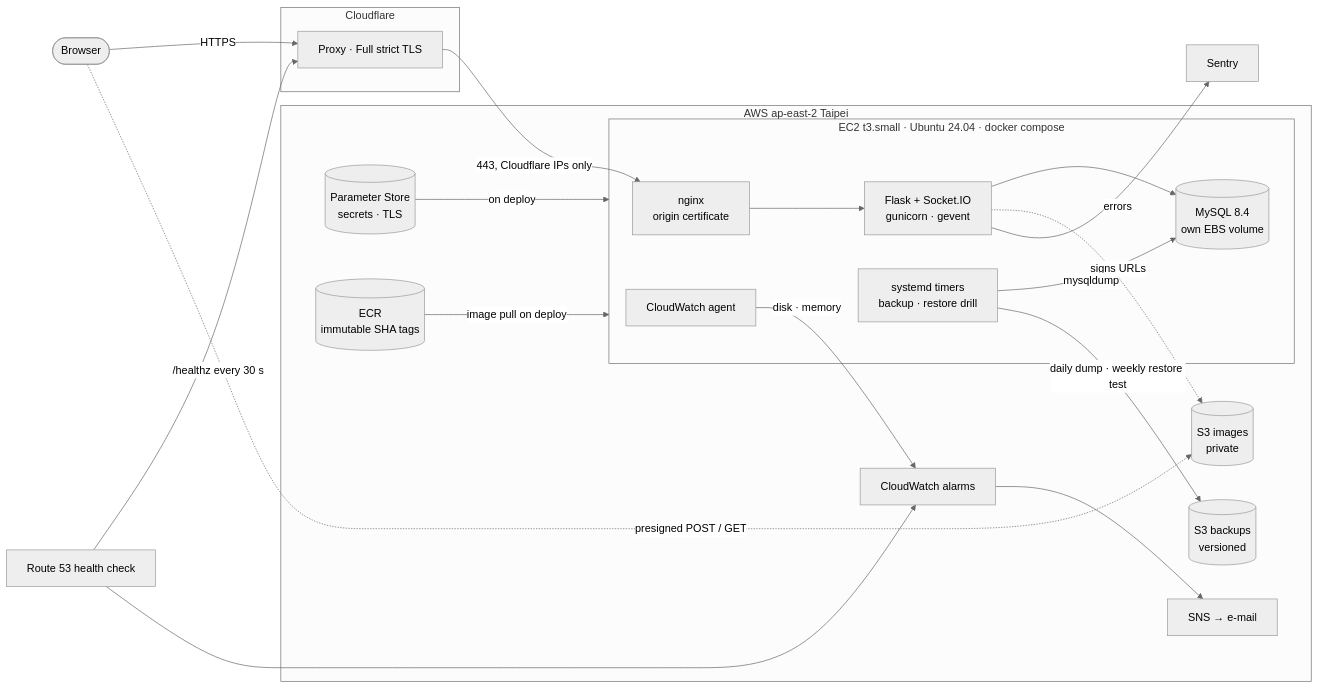
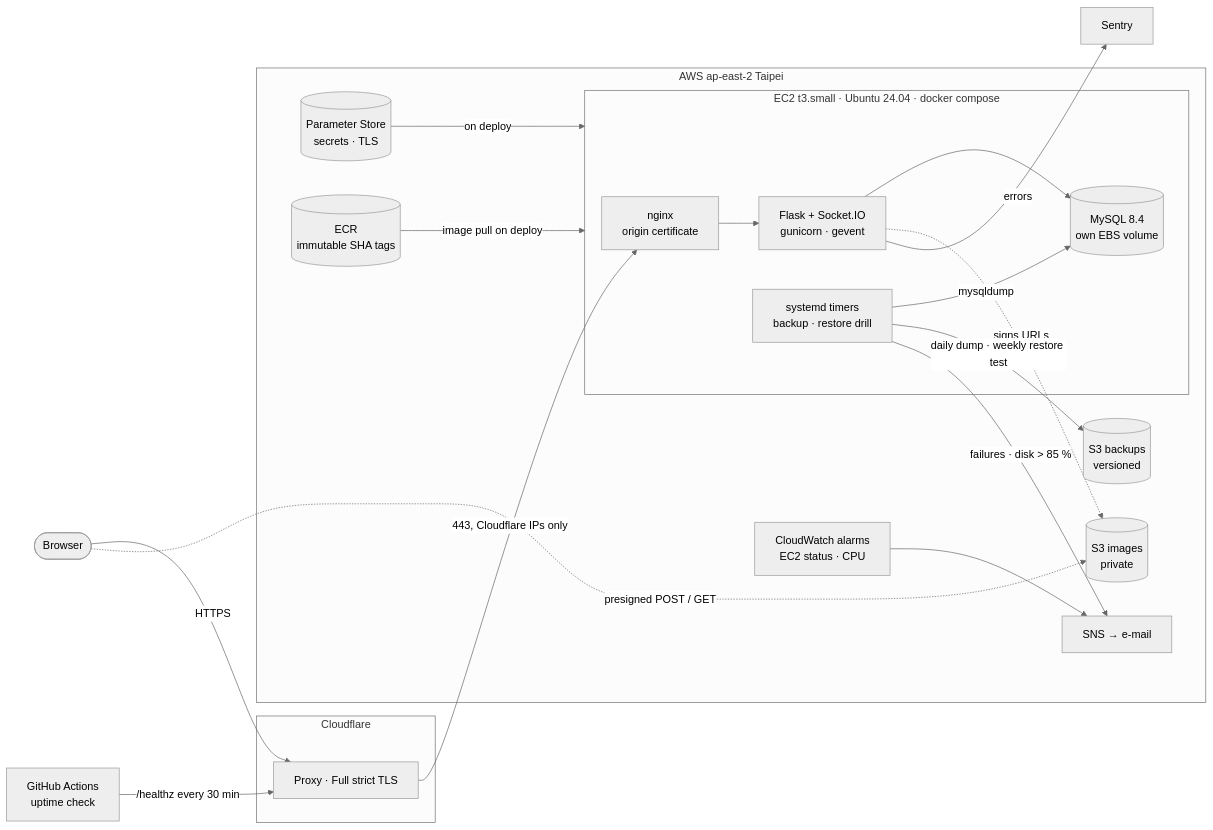
Before and after one commit to skywalker0823/motivetag: the first of 2 diagrams in README.md, drawn with Mermaid (neutral theme). The commit also changed other lines of this file and 16 other files, not shown here.

````diff
--- a/README.md
+++ b/README.md
@@ -9,35 +9,33 @@
 ```mermaid
 flowchart LR
     user([Browser])
 
     subgraph edge[Cloudflare]
         cf[Proxy · Full strict TLS]
     end
 
     subgraph aws[AWS ap-east-2 Taipei]
         subgraph ec2[EC2 t3.small · Ubuntu 24.04 · docker compose]
             nginx[nginx<br/>origin certificate]
             app[Flask + Socket.IO<br/>gunicorn · gevent]
             mysql[(MySQL 8.4<br/>own EBS volume)]
             jobs[systemd timers<br/>backup · restore drill]
-            agent[CloudWatch agent]
         end
         images[(S3 images<br/>private)]
         backups[(S3 backups<br/>versioned)]
         params[(Parameter Store<br/>secrets · TLS)]
         ecr[(ECR<br/>immutable SHA tags)]
-        cw[CloudWatch alarms] --> sns[SNS → e-mail]
+        cw[CloudWatch alarms<br/>EC2 status · CPU] --> sns[SNS → e-mail]
     end
 
     user -->|HTTPS| cf -->|443, Cloudflare IPs only| nginx --> app --> mysql
     user -.->|presigned POST / GET| images
     app -.->|signs URLs| images
     jobs -->|mysqldump| mysql
     jobs -->|daily dump · weekly restore test| backups
     params -->|on deploy| ec2
     ecr -->|image pull on deploy| ec2
-    agent -->|disk · memory| cw
-    r53[Route 53 health check] -->|/healthz every 30 s| cf
-    r53 --> cw
+    jobs -->|failures · disk > 85 %| sns
+    uptime[GitHub Actions<br/>uptime check] -->|/healthz every 30 min| cf
     app -->|errors| sentry[Sentry]
 ```
````
